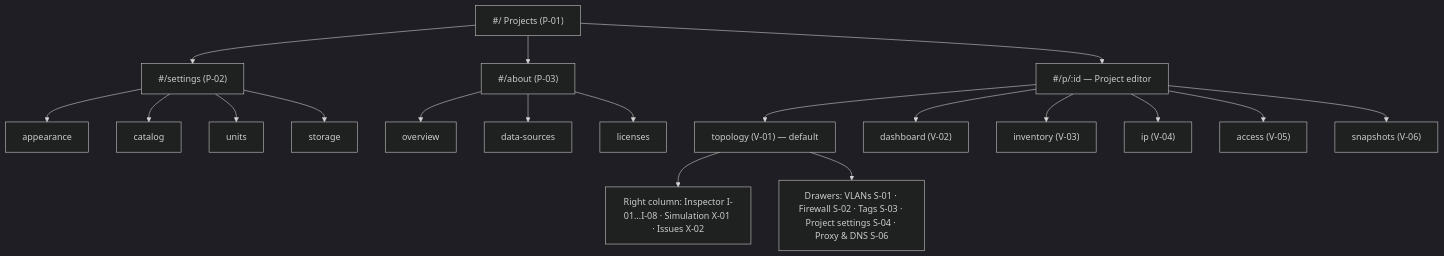
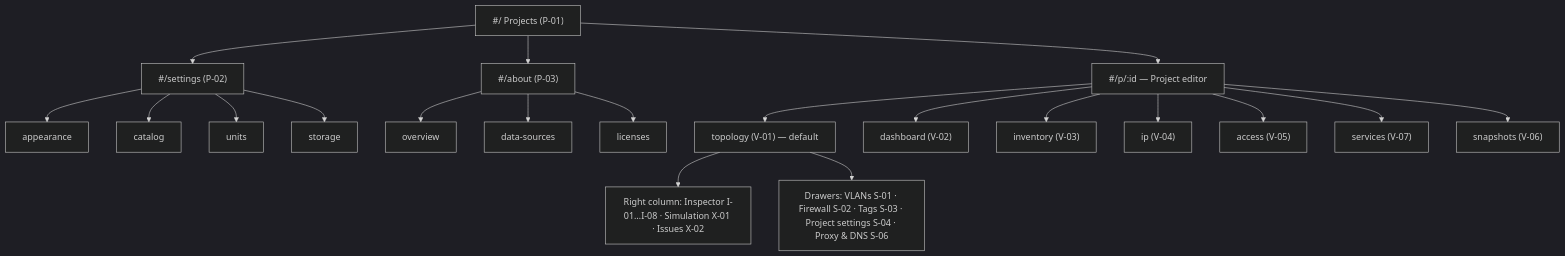
One commit to Kassek-dev/server-planner changed the diagram in docs/07-mapa-widokow.md. Above: the diagram before and after it, drawn with Mermaid (dark theme). The commit also changed other lines of this file and 10 other files, not shown here.

````diff
--- a/docs/07-mapa-widokow.md
+++ b/docs/07-mapa-widokow.md
@@ -33,26 +33,27 @@
 ```mermaid
 flowchart TD
   ROOT["#/ Projects (P-01)"]
   ROOT --> SET["#/settings (P-02)"]
   ROOT --> ABOUT["#/about (P-03)"]
   ROOT --> PRJ["#/p/:id — Project editor"]
 
   SET --> SET1[appearance]
   SET --> SET2[catalog]
   SET --> SET3[units]
   SET --> SET4[storage]
 
   ABOUT --> AB1[overview]
   ABOUT --> AB2[data-sources]
   ABOUT --> AB3[licenses]
 
   PRJ --> V1["topology (V-01) — default"]
   PRJ --> V2["dashboard (V-02)"]
   PRJ --> V3["inventory (V-03)"]
   PRJ --> V4["ip (V-04)"]
   PRJ --> V5["access (V-05)"]
+  PRJ --> V7["services (V-07)"]
   PRJ --> V6["snapshots (V-06)"]
 
   V1 --> PAN["Right column: Inspector I-01…I-08 · Simulation X-01 · Issues X-02"]
   V1 --> DRW["Drawers: VLANs S-01 · Firewall S-02 · Tags S-03 · Project settings S-04 · Proxy & DNS S-06"]
 ```
````
